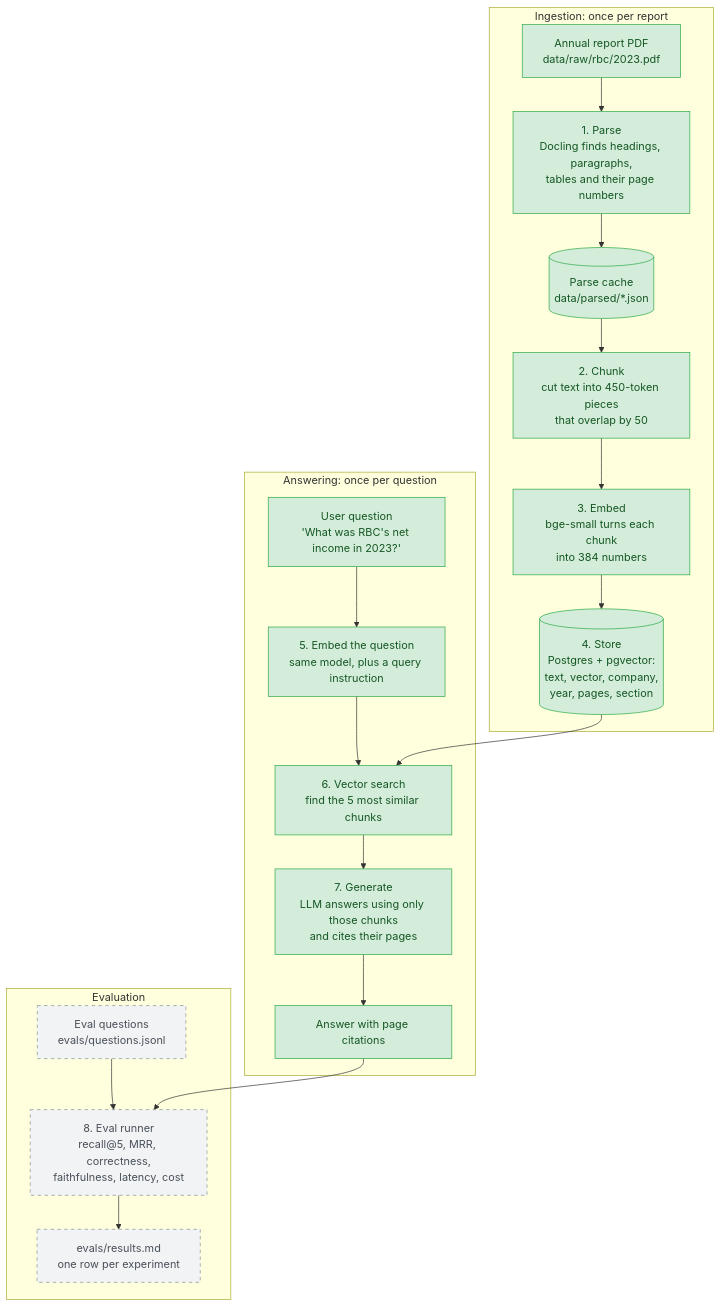
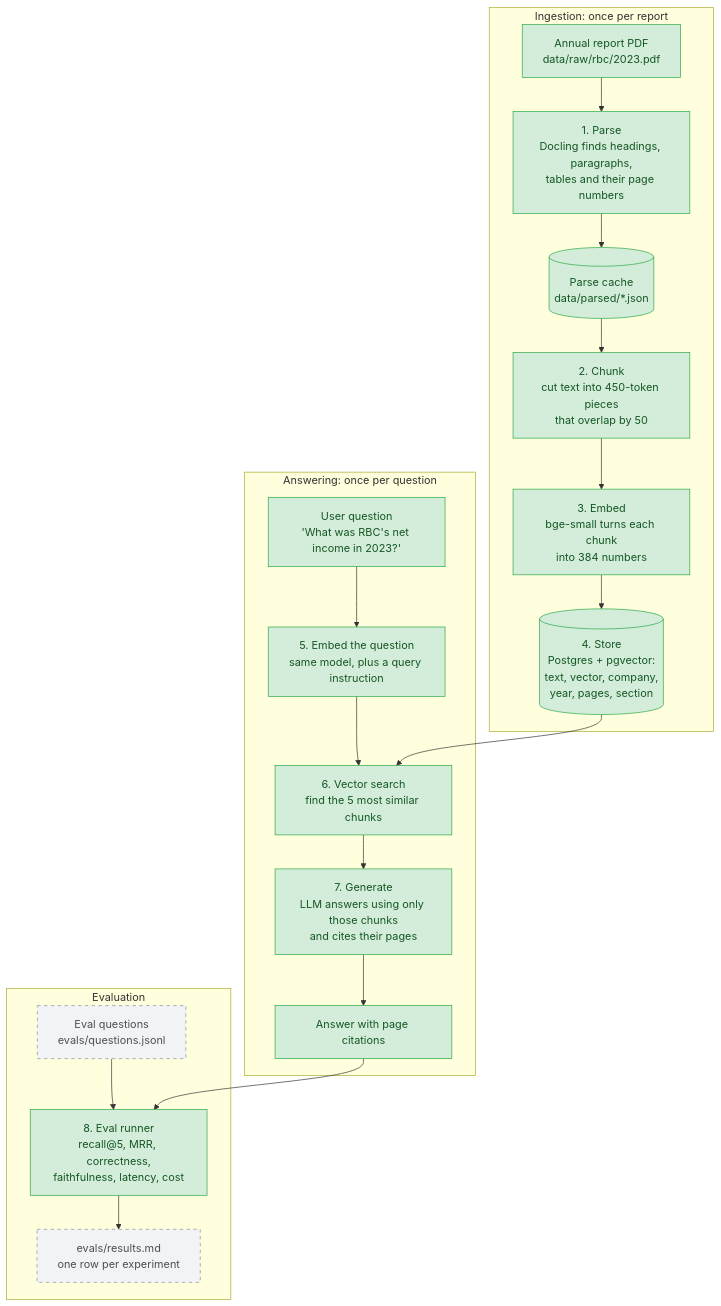
Before and after one commit to madeleine68/Reportlens: the second of 6 diagrams in README.md, drawn with Mermaid. The commit also changed other lines of this file and 17 other files, not shown here.

````diff
--- a/README.md
+++ b/README.md
@@ -70,29 +70,29 @@
 ```mermaid
 flowchart TD
     subgraph ingest["Ingestion: once per report"]
         pdf["Annual report PDF<br/>data/raw/rbc/2023.pdf"] --> parse["1. Parse<br/>Docling finds headings, paragraphs,<br/>tables and their page numbers"]
         parse --> cache[("Parse cache<br/>data/parsed/*.json")]
         cache --> chunk["2. Chunk<br/>cut text into 450-token pieces<br/>that overlap by 50"]
         chunk --> embed["3. Embed<br/>bge-small turns each chunk<br/>into 384 numbers"]
         embed --> store[("4. Store<br/>Postgres + pgvector:<br/>text, vector, company,<br/>year, pages, section")]
     end
 
     subgraph answer["Answering: once per question"]
         q["User question<br/>'What was RBC's net income in 2023?'"] --> qembed["5. Embed the question<br/>same model, plus a query instruction"]
         qembed --> search["6. Vector search<br/>find the 5 most similar chunks"]
         store --> search
         search --> gen["7. Generate<br/>LLM answers using only those chunks<br/>and cites their pages"]
         gen --> out["Answer with page citations"]
     end
 
     subgraph evals["Evaluation"]
         qs["Eval questions<br/>evals/questions.jsonl"] --> run["8. Eval runner<br/>recall@5, MRR, correctness,<br/>faithfulness, latency, cost"]
         out --> run
         run --> results["evals/results.md<br/>one row per experiment"]
     end
 
     classDef done fill:#d4edda,stroke:#28a745,color:#155724
     classDef planned fill:#f1f3f5,stroke:#868e96,color:#495057,stroke-dasharray: 5 5
-    class pdf,parse,cache,chunk,embed,store,q,qembed,search,gen,out done
-    class qs,run,results planned
+    class pdf,parse,cache,chunk,embed,store,q,qembed,search,gen,out,run done
+    class qs,results planned
 ```
````
